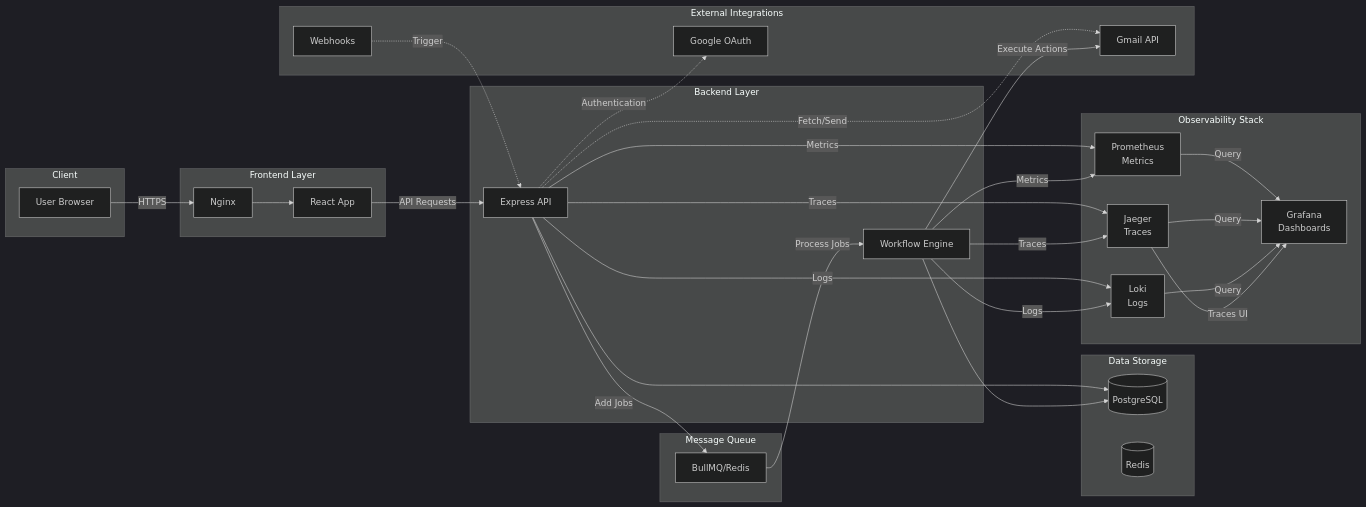
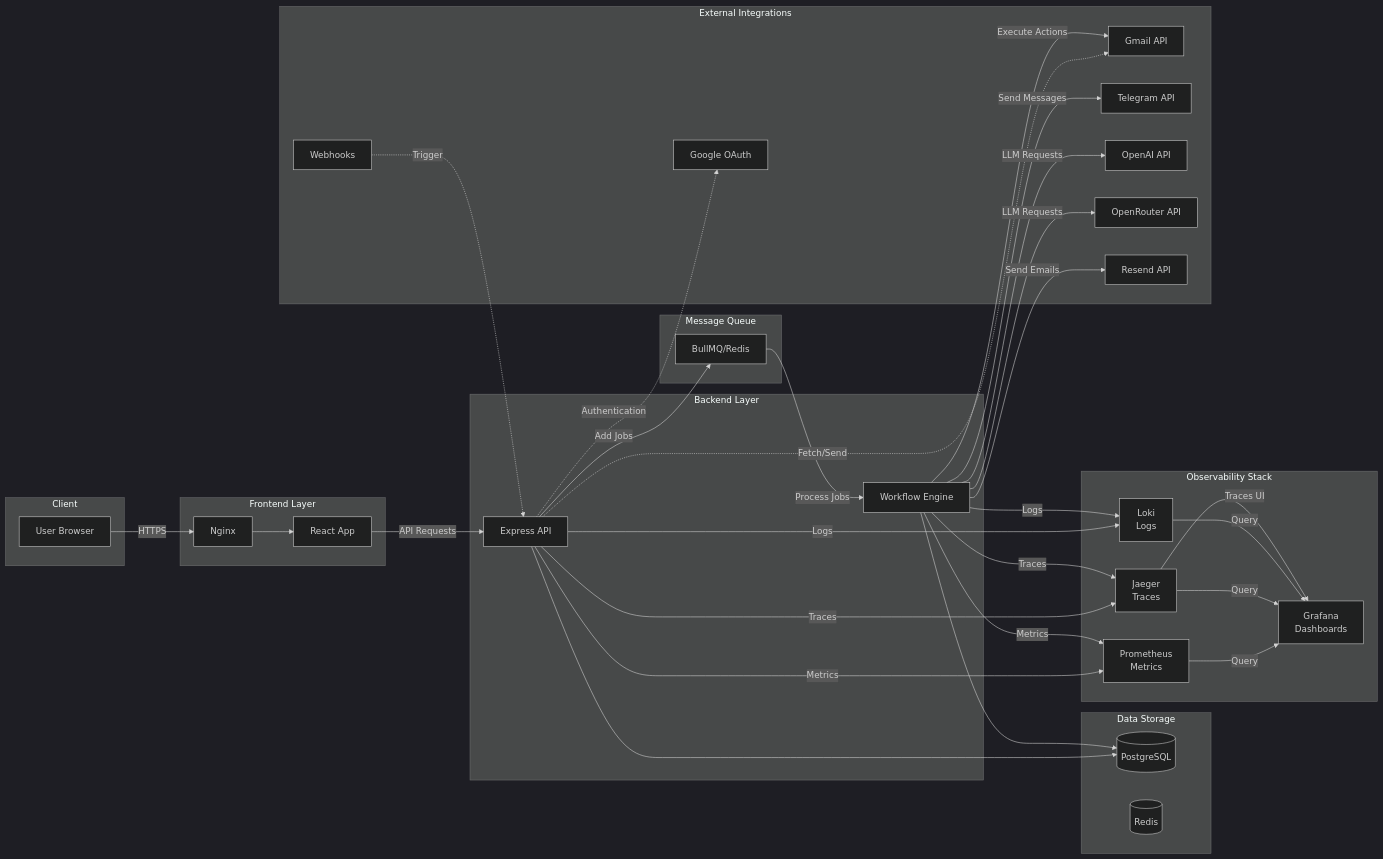
The diagram in README.md (JagjeevanAK/nEn), drawn with Mermaid (dark theme) before and after one commit. The commit also changed 4 other files, not shown here.

````diff
--- a/README.md
+++ b/README.md
@@ -7,61 +7,69 @@
 ```mermaid
 flowchart LR
     subgraph Client
         A[User Browser]
     end
     
     subgraph Frontend["Frontend Layer"]
         B[Nginx]
         C[React App]
     end
     
     subgraph Backend["Backend Layer"]
         D[Express API]
         E[Workflow Engine]
     end
     
     subgraph Queue["Message Queue"]
         Q[BullMQ/Redis]
     end
     
     subgraph Storage["Data Storage"]
         F[(PostgreSQL)]
         G[(Redis)]
     end
     
     subgraph Monitoring["Observability Stack"]
         M1[Prometheus<br/>Metrics]
         M2[Grafana<br/>Dashboards]
         M3[Jaeger<br/>Traces]
         M4[Loki<br/>Logs]
     end
     
     subgraph External["External Integrations"]
         H[Google OAuth]
         I[Gmail API]
         J[Webhooks]
+        K[Telegram API]
+        L[OpenAI API]
+        M[OpenRouter API]
+        N[Resend API]
     end
     
     A -->|HTTPS| B
     B --> C
     C -->|API Requests| D
     D --> F
     D -->|Add Jobs| Q
     D -.->|Authentication| H
     D -.->|Fetch/Send| I
     J -.->|Trigger| D
     Q -->|Process Jobs| E
     E --> F
     E -->|Execute Actions| I
+    E -->|Send Messages| K
+    E -->|LLM Requests| L
+    E -->|LLM Requests| M
+    E -->|Send Emails| N
     
     D -->|Metrics| M1
     E -->|Metrics| M1
     D -->|Traces| M3
     E -->|Traces| M3
     D -->|Logs| M4
     E -->|Logs| M4
     M1 -->|Query| M2
     M3 -->|Query| M2
     M4 -->|Query| M2
     M3 -->|Traces UI| M2
 ```
````
